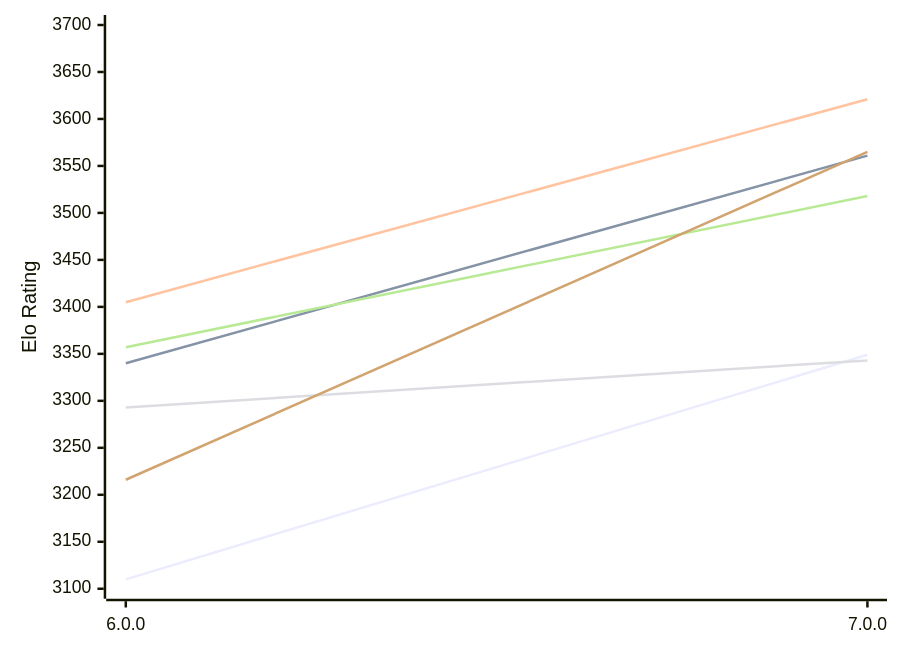
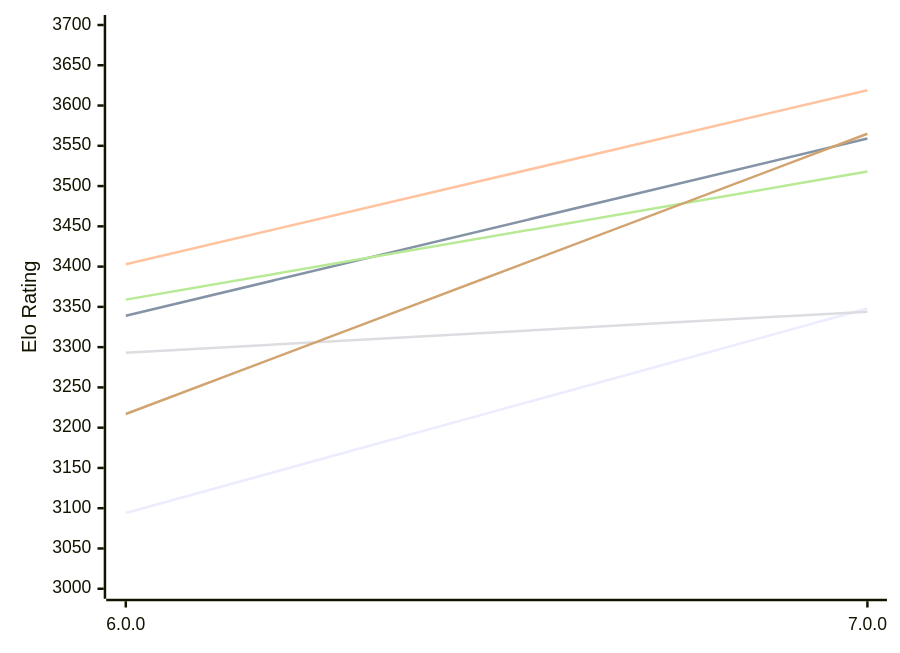
One commit to computer-chess-index/cci changed the first of 2 diagrams in engines/Minke.md. Above: the diagram before and after it, drawn with Mermaid. The commit also changed other lines of this file, not shown here.

Commit message:
Update CCI Ratings (ELO VLTC) - 2026-11-28

````diff
--- a/engines/Minke.md
+++ b/engines/Minke.md
@@ -53,12 +53,12 @@
 ```mermaid
 %%{init: {"theme":"base","themeVariables":{"seriesColors:['#a3a3a3','#222221','#faa371']}}}%%
 xychart-beta
   x-axis ["6.0.0", "7.0.0"]
-  y-axis "Elo Rating" 3100 --> 3700
-  line "E1: STC (8.0+0.08s)" [3110, 3349]
-  line "E1: LTC (60.0+0.60s)" [3340, 3561]
-  line "E1: VLTC (2m24s+1.12s)" [3405, 3621]
-  line "P1: STC (8.0+0.08s)" [3293, 3343]
-  line "P1: LTC (60.0+0.60s)" [3357, 3518]
-  line "P1: VLTC (2m24s+1.12s)" [3216, 3565]
+  y-axis "Elo Rating" 3000 --> 3700
+  line "E1: STC (8.0+0.08s)" [3094, 3348]
+  line "E1: LTC (60.0+0.60s)" [3339, 3559]
+  line "E1: VLTC (2m24s+1.12s)" [3403, 3619]
+  line "P1: STC (8.0+0.08s)" [3293, 3344]
+  line "P1: LTC (60.0+0.60s)" [3359, 3518]
+  line "P1: VLTC (2m24s+1.12s)" [3217, 3565]
 ```
````
